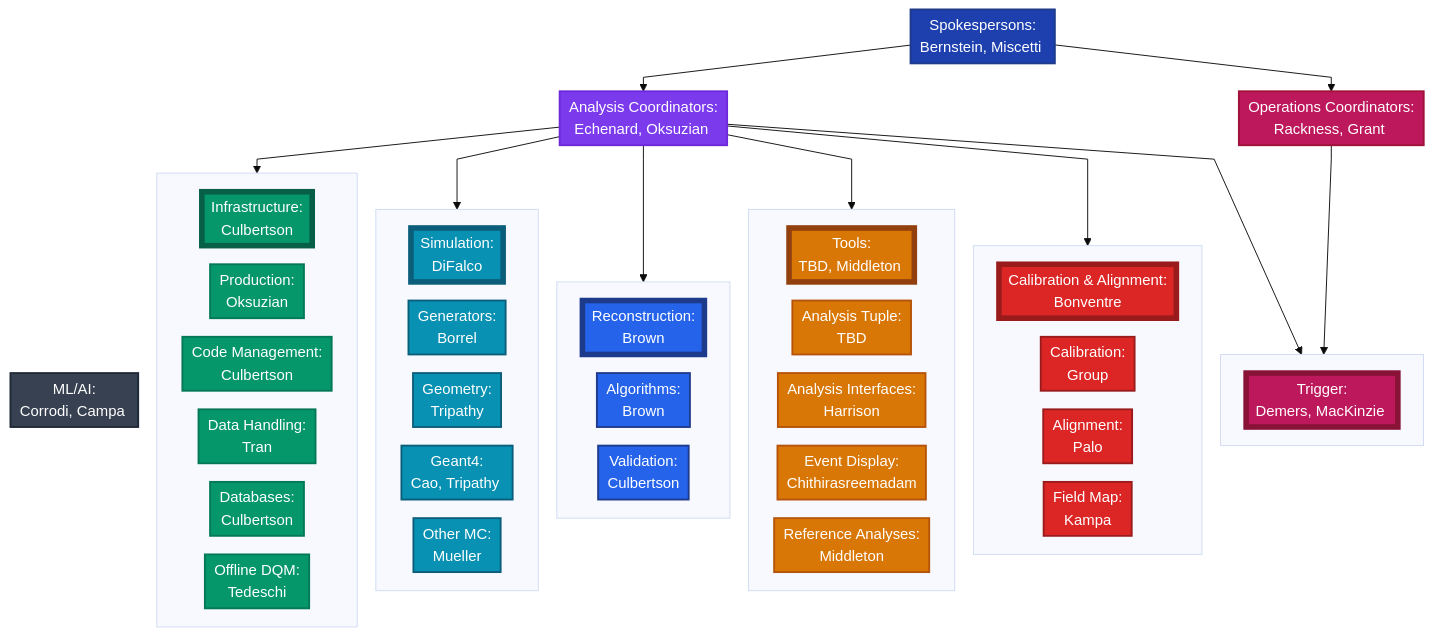
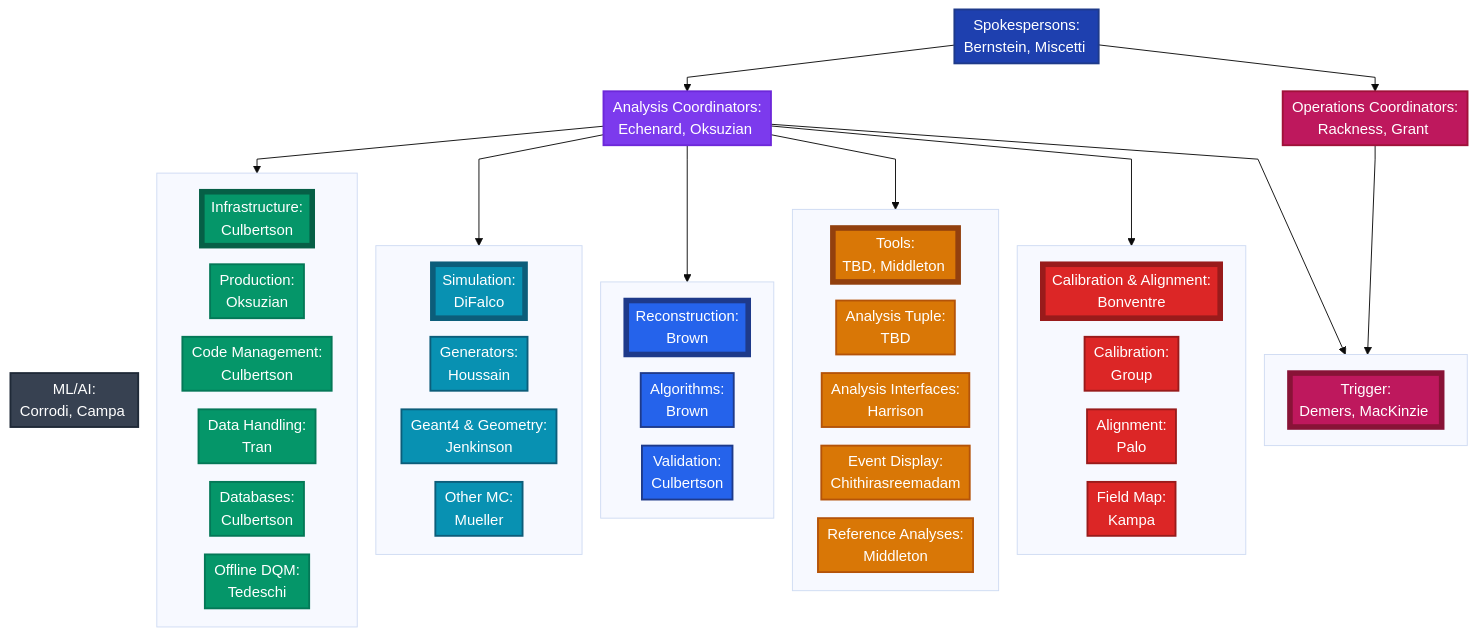
The diagram in docs/Mu2e_Analysis_Computing_Organization_2025-12_diagram.md (Mu2e/prodtools), drawn with Mermaid before and after one commit. The commit also changed other lines of this file, not shown here.

First line of the commit message:
docs(org): merge Geant4+Geometry subgroup, correct simulation leads

```diff
--- a/docs/Mu2e_Analysis_Computing_Organization_2025-12_diagram.md
+++ b/docs/Mu2e_Analysis_Computing_Organization_2025-12_diagram.md
@@ -26,9 +45,8 @@
     
     subgraph SIMGROUP[" "]
         SIM[Simulation:<br/>DiFalco]
-        GEN[Generators:<br/>Borrel]
-        GEOM[Geometry:<br/>Tripathy]
-        G4[Geant4:<br/>Cao, Tripathy&nbsp;]
+        GEN[Generators:<br/>Houssain]
+        G4GEOM[Geant4 &amp; Geometry:<br/>Jenkinson]
         NONG4[Other MC:<br/>Mueller]
     end
     
@@ -85,7 +103,7 @@
     class INF infrastructureLeader
     class PROD,CODE,DATA,DB,DQM infrastructure
     class SIM simulationLeader
-    class GEN,GEOM,G4,NONG4 simulation
+    class GEN,G4GEOM,NONG4 simulation
     class RECO reconstructionLeader
     class ALG,VAL reconstruction
     class CAL calibrationLeader
```
